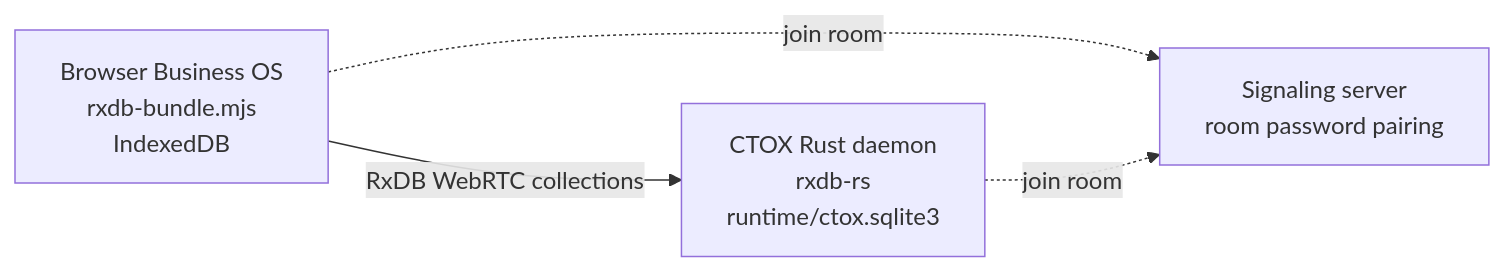
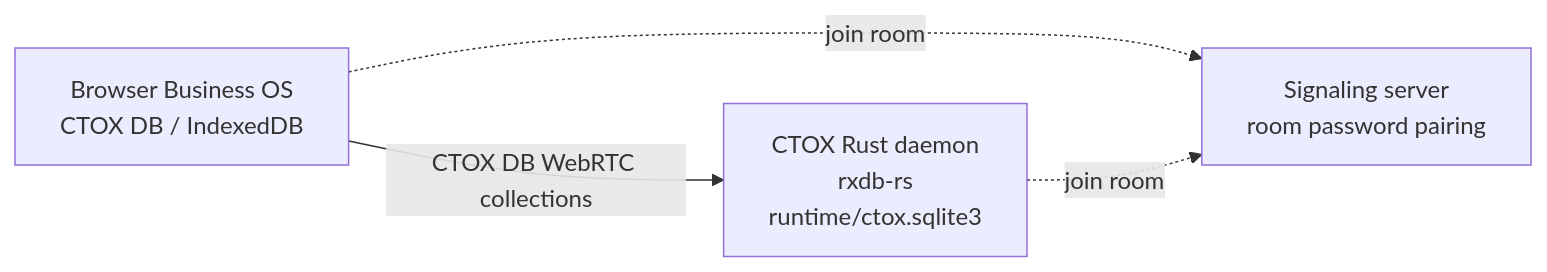
Before and after one commit to metric-space-ai/ctox: the diagram in README.md, drawn with Mermaid. The commit also changed other lines of this file and 396 other files, not shown here.

Commit message:
Release v0.3.22 ctox-rxdb

````diff
--- a/README.md
+++ b/README.md
@@ -54,6 +59,6 @@
 ```mermaid
 flowchart LR
-  Browser["Browser Business OS<br/>rxdb-bundle.mjs<br/>IndexedDB"] -- "RxDB WebRTC collections" --> CTOX["CTOX Rust daemon<br/>rxdb-rs<br/>runtime/ctox.sqlite3"]
+  Browser["Browser Business OS<br/>CTOX DB / IndexedDB"] -- "CTOX DB WebRTC collections" --> CTOX["CTOX Rust daemon<br/>rxdb-rs<br/>runtime/ctox.sqlite3"]
   Browser -. "join room" .-> Signaling["Signaling server<br/>room password pairing"]
   CTOX -. "join room" .-> Signaling
 ```
````
